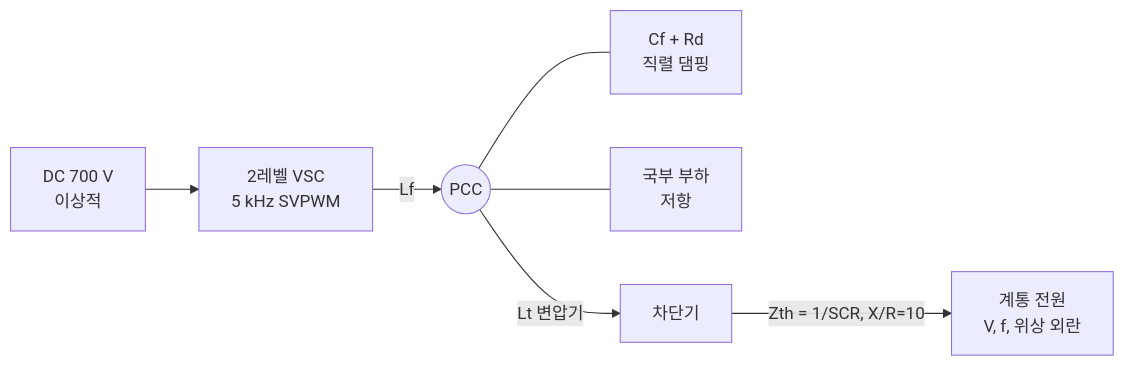
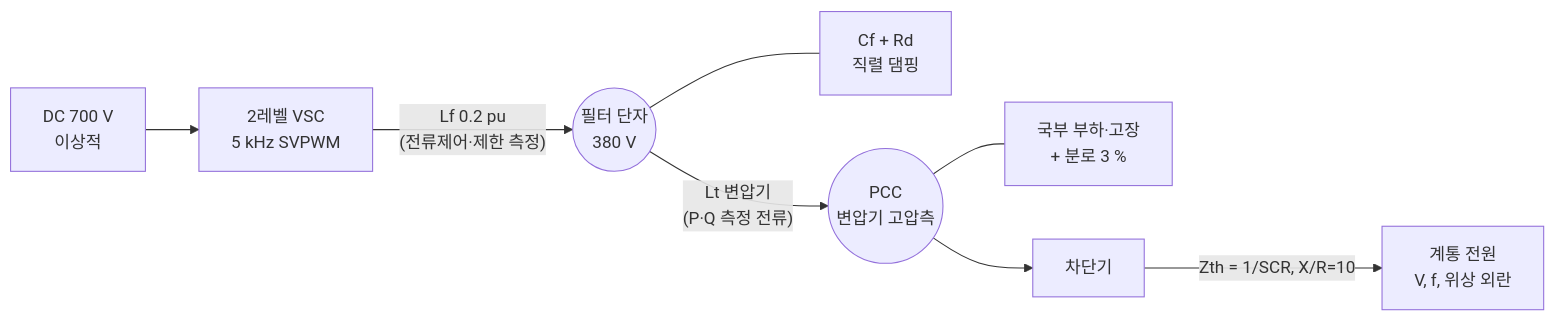
Before and after one commit to Gridex-kb/GFMGFL: the diagram in simulation/emt/README.md, drawn with Mermaid. The commit also changed other lines of this file and 4 other files, not shown here.

First line of the commit message:
sim(wip): 전력 측정을 변압기 전류·PCC 전압으로 이동, 부하·고장을 PCC 모선으로

````diff
--- a/simulation/emt/README.md
+++ b/simulation/emt/README.md
@@ -20,9 +20,10 @@
 ```mermaid
 flowchart LR
   DC[DC 700 V<br/>이상적] --> VSC[2레벨 VSC<br/>5 kHz SVPWM]
-  VSC -- Lf --> PCC((PCC))
-  PCC --- C[Cf + Rd<br/>직렬 댐핑]
-  PCC --- LD[국부 부하<br/>저항]
-  PCC -- Lt 변압기 --> BRK[차단기]
+  VSC -- "Lf 0.2 pu<br/>(전류제어·제한 측정)" --> T((필터 단자<br/>380 V))
+  T --- C[Cf + Rd<br/>직렬 댐핑]
+  T -- "Lt 변압기<br/>(P·Q 측정 전류)" --> PCC((PCC<br/>변압기 고압측))
+  PCC --- LD[국부 부하·고장<br/>+ 분로 3 %]
+  PCC --> BRK[차단기]
   BRK -- "Zth = 1/SCR, X/R=10" --> G[계통 전원<br/>V, f, 위상 외란]
 ```
````
